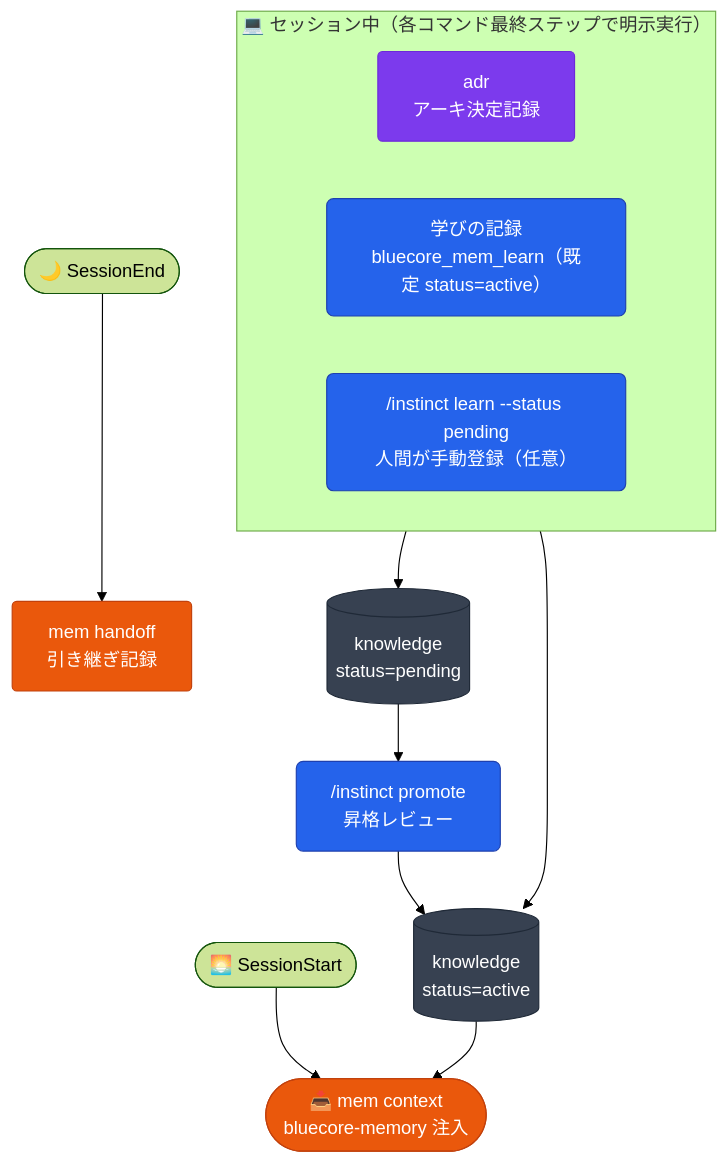
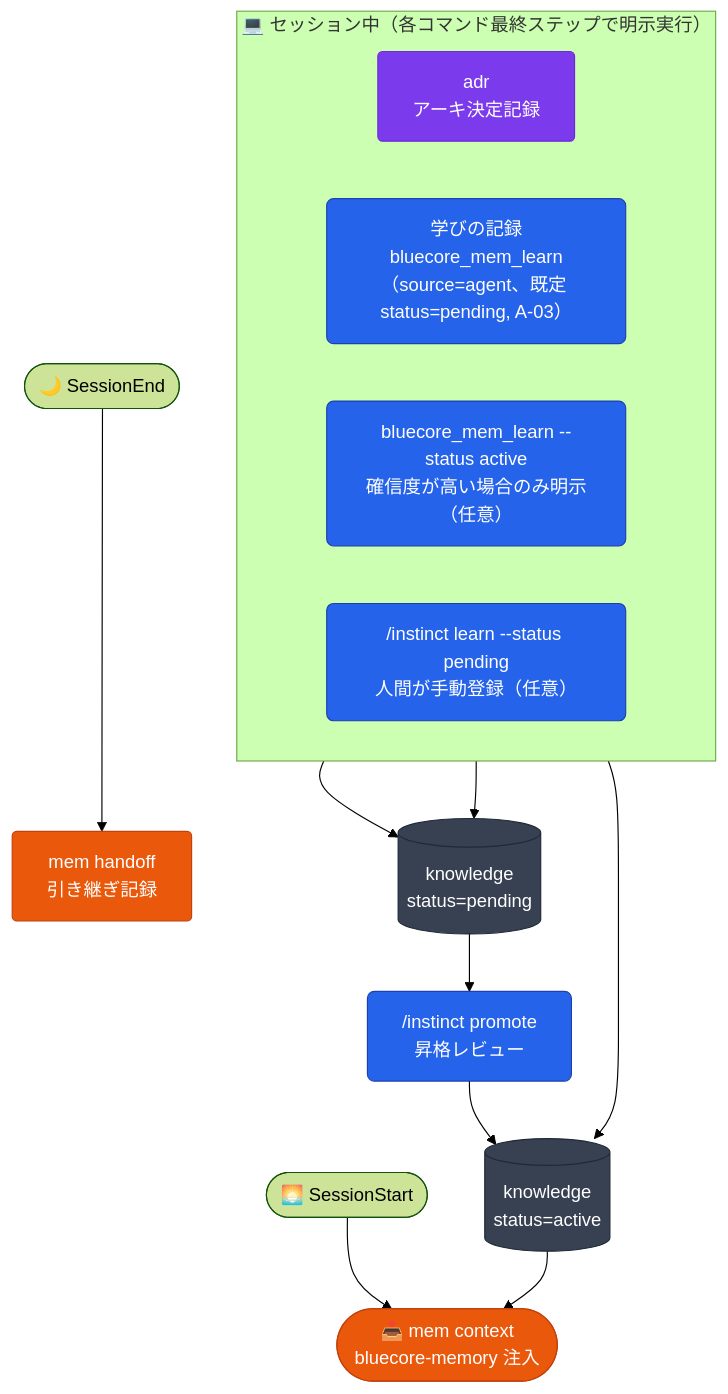
One commit to aokumablue/claq changed the eighth of 12 diagrams in README.md. Above: the diagram before and after it, drawn with Mermaid (forest theme). The commit also changed other lines of this file and 7 other files, not shown here.

````diff
--- a/README.md
+++ b/README.md
@@ -381,24 +381,26 @@
 ```mermaid
 flowchart TD
   classDef cmd    fill:#2563eb,stroke:#1e40af,color:#fff,rx:6
   classDef auto   fill:#ea580c,stroke:#c2410c,color:#fff,rx:4
   classDef skill  fill:#7c3aed,stroke:#6d28d9,color:#fff,rx:4
   classDef store  fill:#374151,stroke:#1f2937,color:#fff,rx:4
 
   SS(["🌅 SessionStart"]) --> MC(["📥 mem context<br/>bluecore-memory 注入"]):::auto
 
   subgraph session["💻 セッション中（各コマンド最終ステップで明示実行）"]
     direction LR
     SAD["adr<br/>アーキ決定記録"]:::skill
-    CW["学びの記録<br/>bluecore_mem_learn（既定 status=active）"]:::cmd
+    CW["学びの記録<br/>bluecore_mem_learn（source=agent、既定 status=pending, A-03）"]:::cmd
+    CWA["bluecore_mem_learn --status active<br/>確信度が高い場合のみ明示（任意）"]:::cmd
     CA["/instinct learn --status pending<br/>人間が手動登録（任意）"]:::cmd
   end
 
-  CW --> KA[("knowledge<br/>status=active")]:::store
+  CWA --> KA[("knowledge<br/>status=active")]:::store
   KA --> MC
 
   SE(["🌙 SessionEnd"]) --> SLE["mem handoff<br/>引き継ぎ記録"]:::auto
-  CA --> PK[("knowledge<br/>status=pending")]:::store
+  CW --> PK[("knowledge<br/>status=pending")]:::store
+  CA --> PK
   PK --> CI["/instinct promote<br/>昇格レビュー"]:::cmd
   CI --> KA
 ```
````
